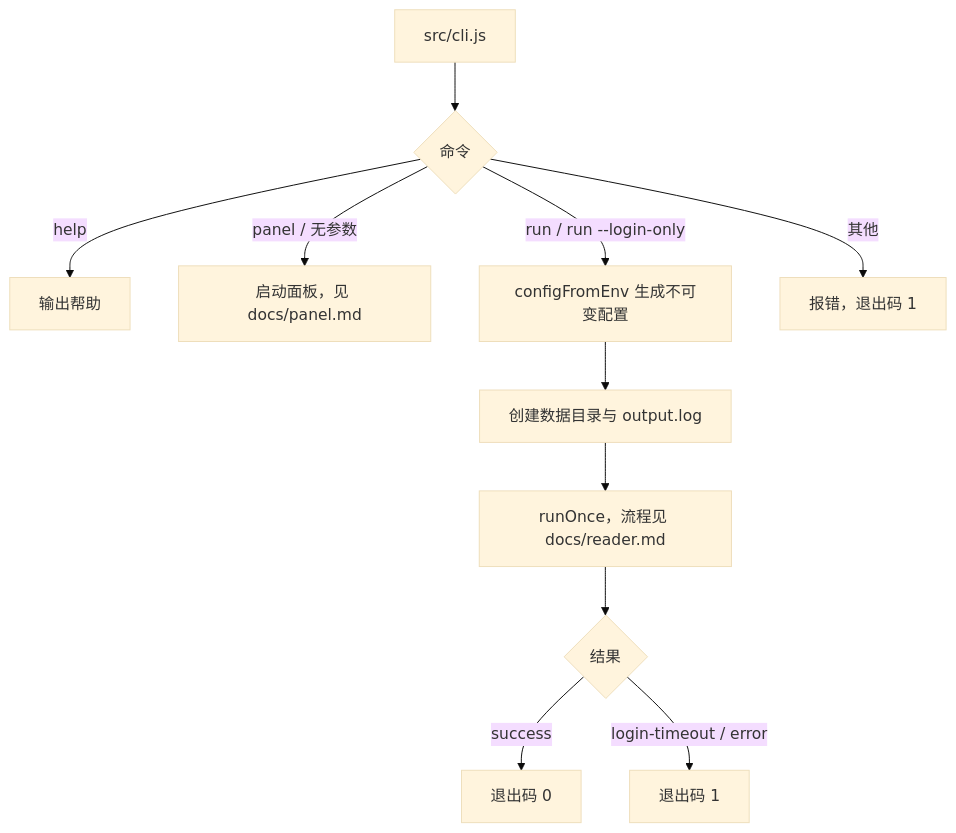
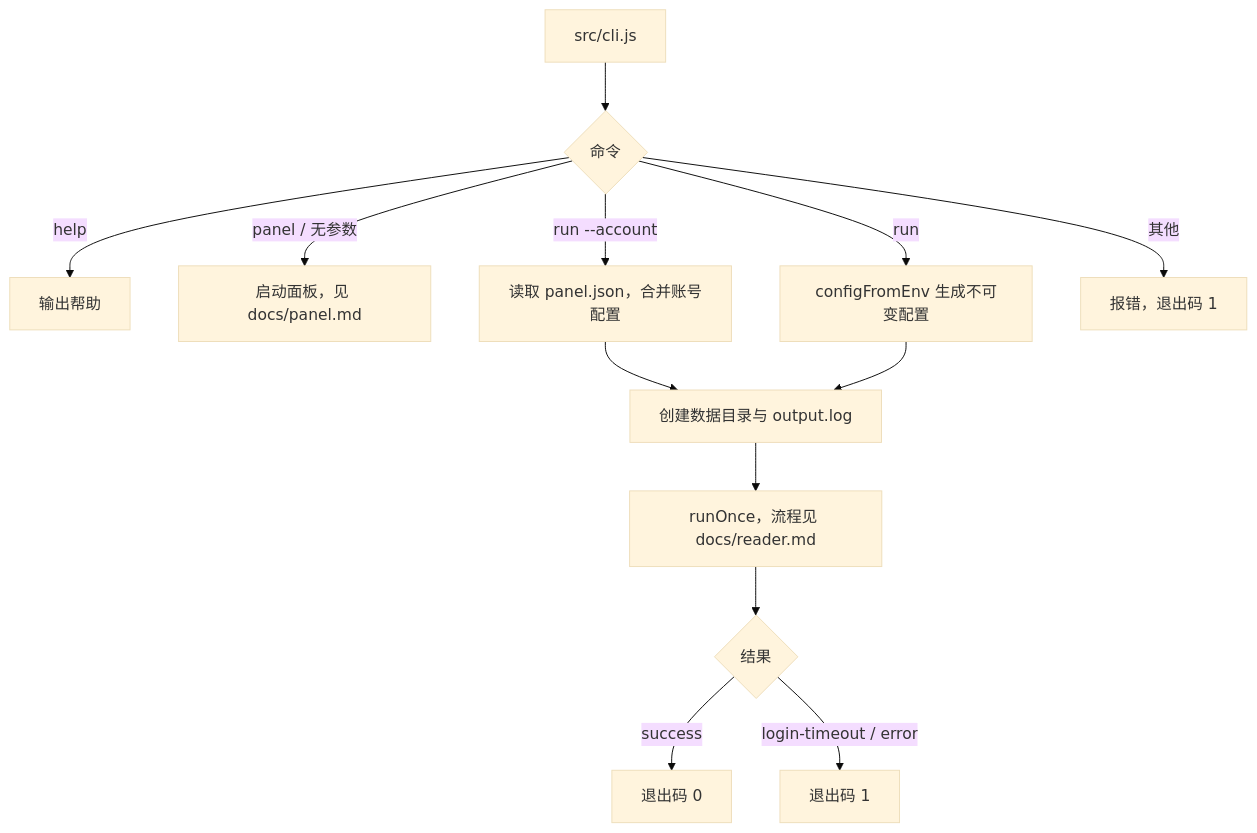
Before and after one commit to lonemoonspace/Weread-Assistant: the diagram in docs/cli.md, drawn with Mermaid (base theme). The commit also changed other lines of this file and 18 other files, not shown here.

````diff
--- a/docs/cli.md
+++ b/docs/cli.md
@@ -36,13 +37,15 @@
 ```mermaid
 flowchart TD
   A[src/cli.js] --> B{命令}
   B -->|help| C[输出帮助]
   B -->|panel / 无参数| P[启动面板，见 docs/panel.md]
-  B -->|run / run --login-only| D[configFromEnv 生成不可变配置]
+  B -->|run --account| A2[读取 panel.json，合并账号配置]
+  A2 --> E
+  B -->|run| D[configFromEnv 生成不可变配置]
   D --> E[创建数据目录与 output.log]
   E --> F[runOnce，流程见 docs/reader.md]
   F --> K{结果}
   K -->|success| M[退出码 0]
   K -->|login-timeout / error| N[退出码 1]
   B -->|其他| L[报错，退出码 1]
 ```
````
